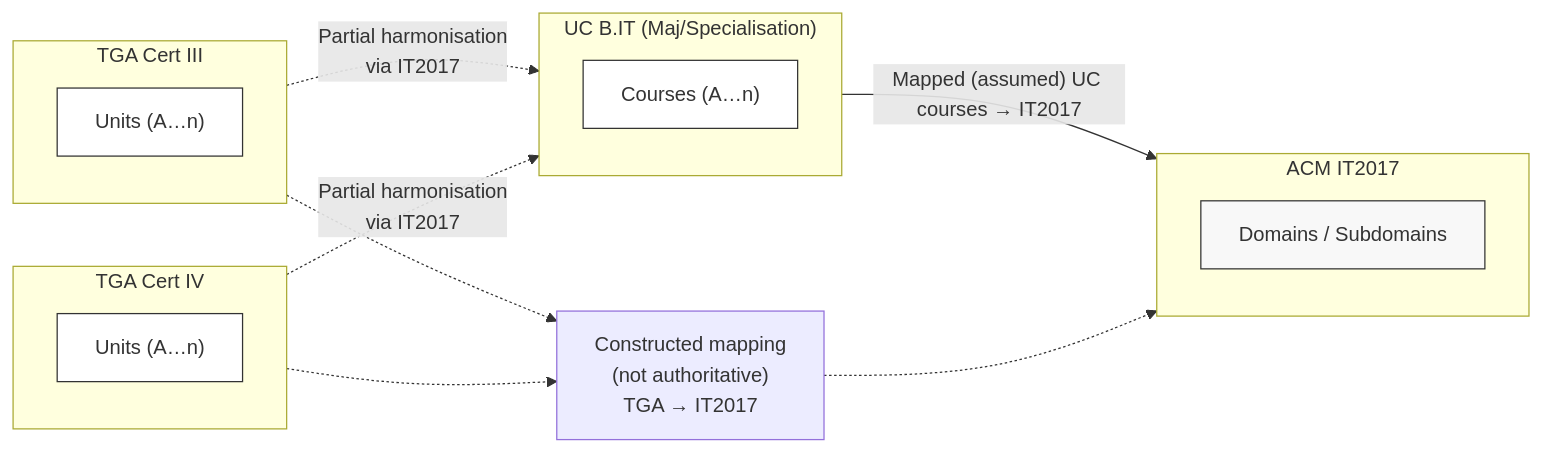
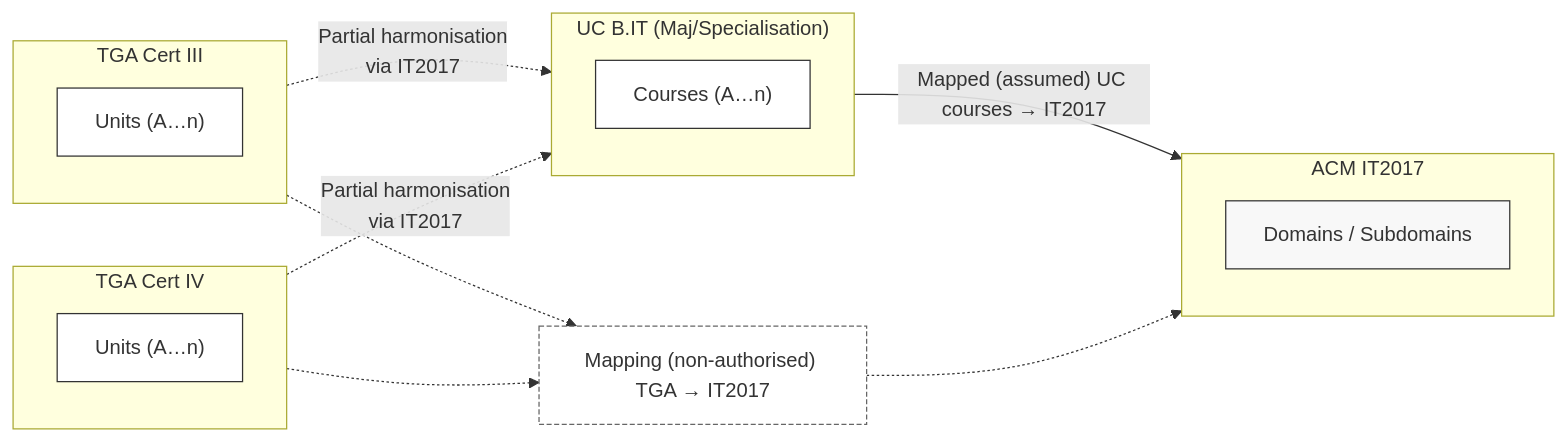
The second of 3 diagrams in reports/creditTransferModels.md (leskneebone/skills-SPARQL), drawn with Mermaid before and after one commit.

````diff
--- a/reports/creditTransferModels.md
+++ b/reports/creditTransferModels.md
@@ -41,38 +41,40 @@
 ```mermaid
 flowchart LR
   %% Diagram 2 — attempt mapping via IT2017 (helps HE more than VET)
 
   subgraph CertIII["TGA Cert III"]
     C3["Units (A…n)"]:::unit
   end
 
   subgraph CertIV["TGA Cert IV"]
     C4["Units (A…n)"]:::unit
   end
 
   subgraph UCBIT["UC B.IT (Maj/Specialisation)"]
     UC["Courses (A…n)"]:::unit
   end
 
   subgraph IT2017["ACM IT2017"]
     KA["Domains / Subdomains"]:::scheme
   end
 
   %% HE aligns (assumed mapping)
   UCBIT -- "Mapped (assumed) UC courses → IT2017" --> IT2017
 
   %% VET: possible mapping, with no explicit IT2017 mapping
-VetITMap["Constructed mapping\n(not authoritative)\nTGA → IT2017"]:::mapping
+VetITMap["Mapping (non-authorised) TGA → IT2017"]:::mapping
 
 CertIII -.-> VetITMap
 CertIV  -.-> VetITMap
 VetITMap -.-> IT2017
 
 
   %% therefore crosswalk is still partial/uneven
   CertIII -. "Partial harmonisation\nvia IT2017" .-> UCBIT
   CertIV  -. "Partial harmonisation\nvia IT2017" .-> UCBIT
 
   classDef unit fill:#fff,stroke:#333,stroke-width:1px;
   classDef scheme fill:#f8f8f8,stroke:#333,stroke-width:1px;
+  classDef mapping fill:#fff,stroke:#666,stroke-dasharray: 4 2;
+
 ```
````
